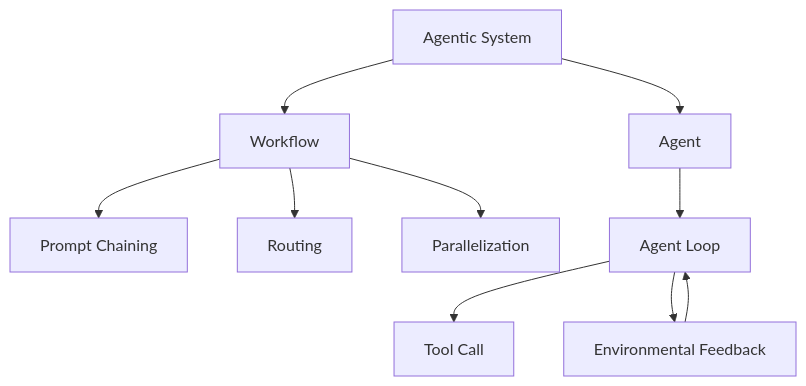
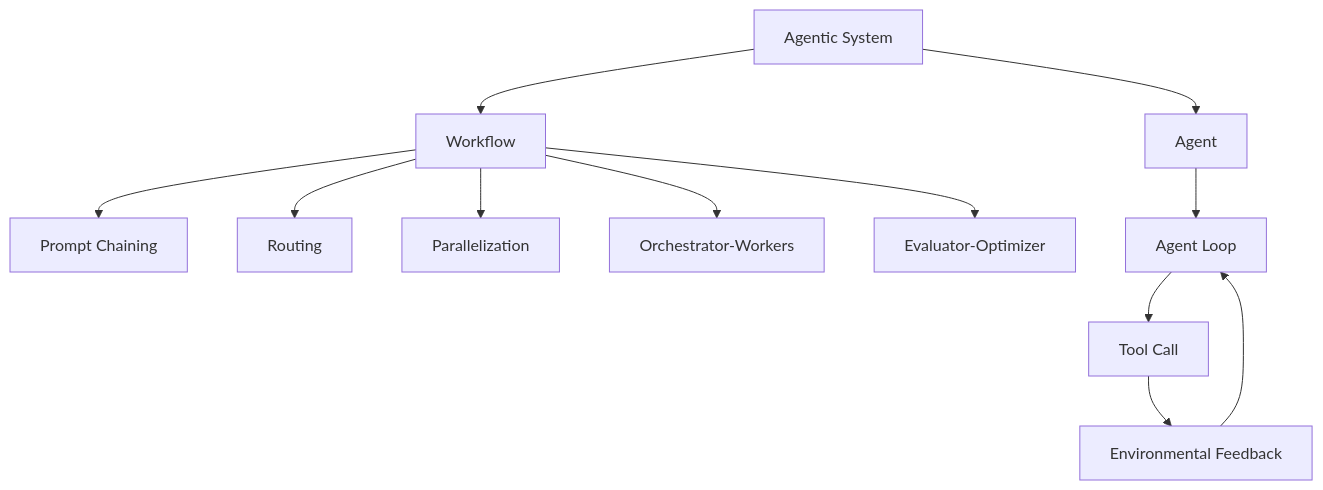
Before and after one commit to choesimin/choesimin.github.io: the fourth of 5 diagrams in collections/_notes/ai/agentic-system/agent-loop.md, drawn with Mermaid. The commit also changed other lines of this file, not shown here.

````diff
--- a/collections/_notes/ai/agentic-system/agent-loop.md
+++ b/collections/_notes/ai/agentic-system/agent-loop.md
@@ -174,12 +175,14 @@
 ```mermaid
 flowchart TB
     agentic_system[Agentic System] --> workflow[Workflow]
     agentic_system --> agent[Agent]
     workflow --> prompt_chain[Prompt Chaining]
     workflow --> routing[Routing]
     workflow --> parallel[Parallelization]
+    workflow --> orchestrator[Orchestrator-Workers]
+    workflow --> evaluator[Evaluator-Optimizer]
     agent --> agent_loop[Agent Loop]
     agent_loop --> tool_call[Tool Call]
-    agent_loop --> observe[Environmental Feedback]
+    tool_call --> observe[Environmental Feedback]
     observe --> agent_loop
 ```
````
